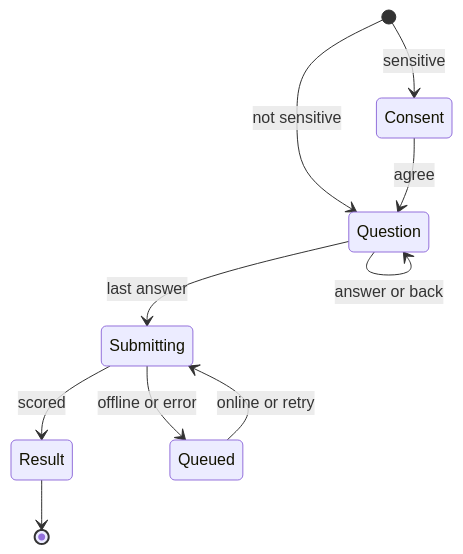
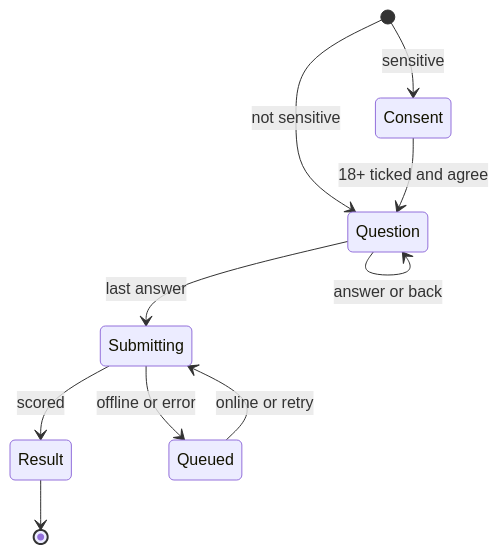
Before and after one commit to minhvblc/TestLibrary: the second of 2 diagrams in docs/screens/SCR-TEST-01-lam-bai.md, drawn with Mermaid. The commit also changed other lines of this file and 35 other files, not shown here.

````diff
--- a/docs/screens/SCR-TEST-01-lam-bai.md
+++ b/docs/screens/SCR-TEST-01-lam-bai.md
@@ -87,12 +88,12 @@
 ```mermaid
 stateDiagram-v2
     [*] --> Consent: sensitive
     [*] --> Question: not sensitive
-    Consent --> Question: agree
+    Consent --> Question: 18+ ticked and agree
     Question --> Question: answer or back
     Question --> Submitting: last answer
     Submitting --> Result: scored
     Submitting --> Queued: offline or error
     Queued --> Submitting: online or retry
     Result --> [*]
 ```
````
